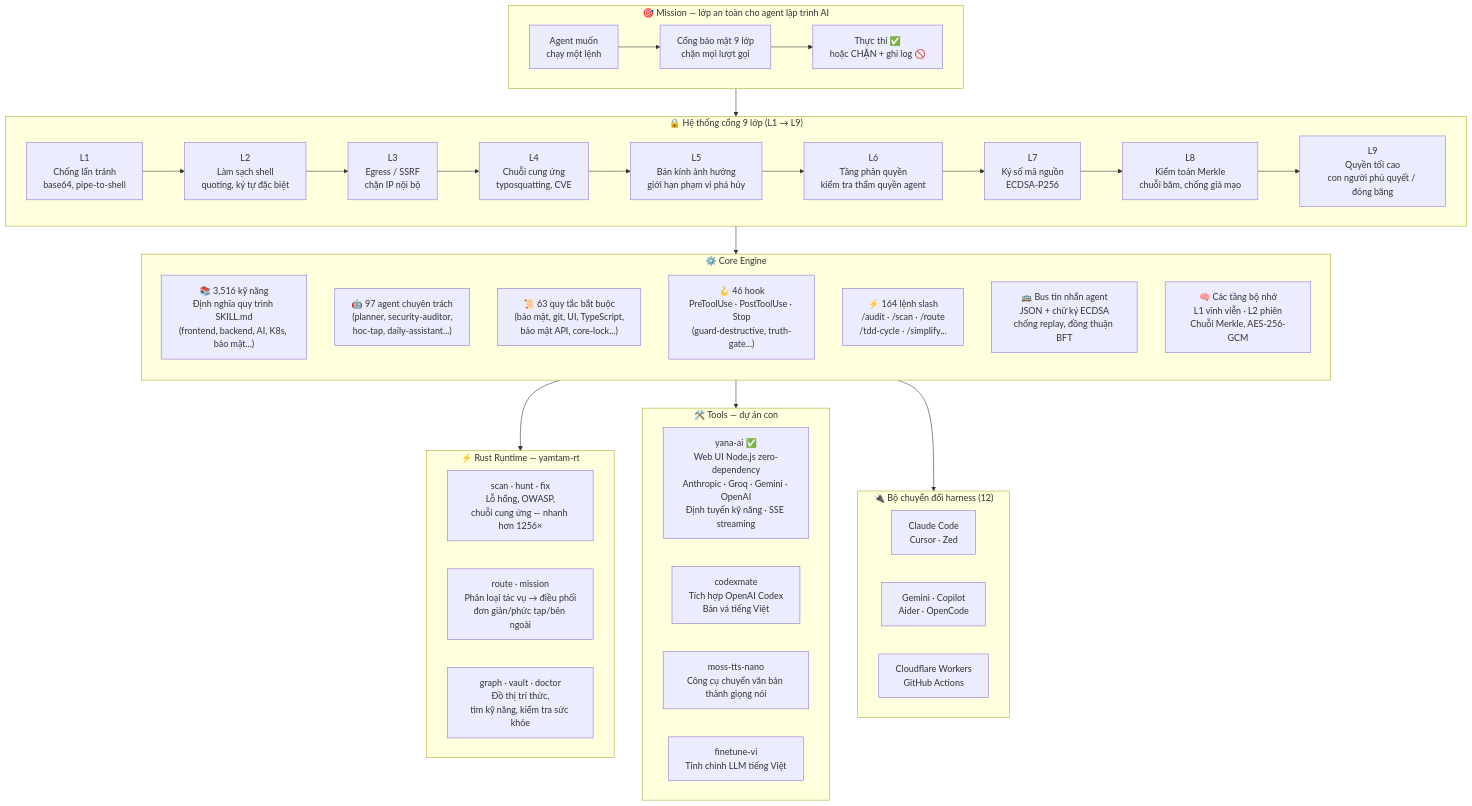
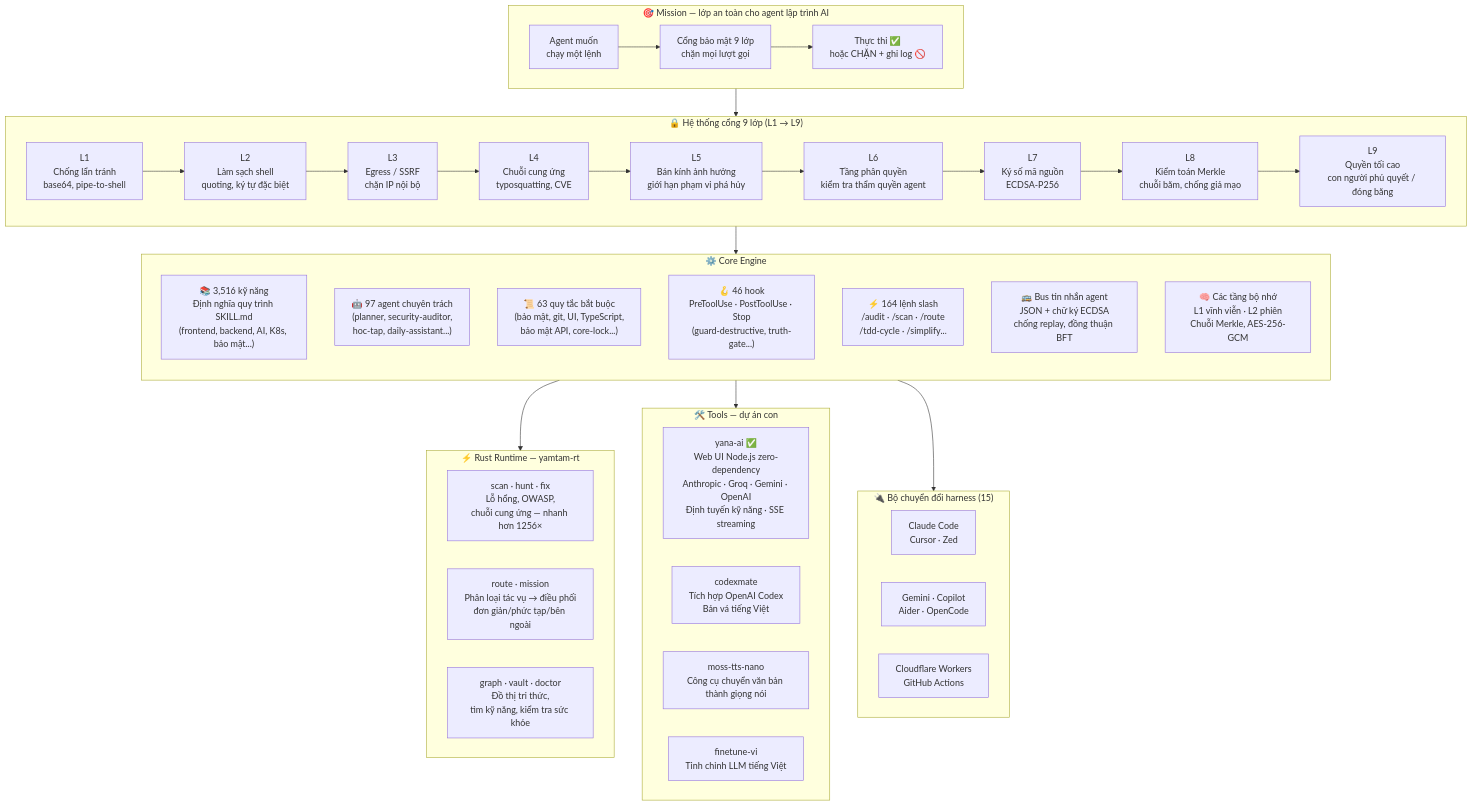
One commit to yanacuti1121/Yana-AI changed the diagram in README.vi.md. Above: the diagram before and after it, drawn with Mermaid. The commit also changed other lines of this file and 10 other files, not shown here.

````diff
--- a/README.vi.md
+++ b/README.vi.md
@@ -77,70 +77,70 @@
 ```mermaid
 graph TB
     %% ── Mission ──────────────────────────────────────────────────────────
     subgraph MISSION["🎯 Mission — lớp an toàn cho agent lập trình AI"]
         direction LR
         AGENT["Agent muốn\nchạy một lệnh"]
         GATE["Cổng bảo mật 9 lớp\nchặn mọi lượt gọi"]
         OUT["Thực thi ✅\nhoặc CHẶN + ghi log 🚫"]
         AGENT --> GATE --> OUT
     end
 
     %% ── Gate layers ──────────────────────────────────────────────────────
     subgraph GATES["🔒 Hệ thống cổng 9 lớp (L1 → L9)"]
         direction LR
         G1["L1\nChống lẩn tránh\nbase64, pipe-to-shell"]
         G2["L2\nLàm sạch shell\nquoting, ký tự đặc biệt"]
         G3["L3\nEgress / SSRF\nchặn IP nội bộ"]
         G4["L4\nChuỗi cung ứng\ntyposquatting, CVE"]
         G5["L5\nBán kính ảnh hưởng\ngiới hạn phạm vi phá hủy"]
         G6["L6\nTầng phân quyền\nkiểm tra thẩm quyền agent"]
         G7["L7\nKý số mã nguồn\nECDSA-P256"]
         G8["L8\nKiểm toán Merkle\nchuỗi băm, chống giả mạo"]
         G9["L9\nQuyền tối cao\ncon người phủ quyết / đóng băng"]
         G1 --> G2 --> G3 --> G4 --> G5 --> G6 --> G7 --> G8 --> G9
     end
 
     %% ── Core engine ──────────────────────────────────────────────────────
     subgraph CORE["⚙️ Core Engine"]
         direction TB
         SKILLS["📚 3,516 kỹ năng\nĐịnh nghĩa quy trình SKILL.md\n(frontend, backend, AI, K8s, bảo mật...)"]
         AGENTS["🤖 97 agent chuyên trách\n(planner, security-auditor,\nhoc-tap, daily-assistant...)"]
         RULES["📜 63 quy tắc bắt buộc\n(bảo mật, git, UI, TypeScript,\nbảo mật API, core-lock...)"]
         HOOKS["🪝 46 hook\nPreToolUse · PostToolUse · Stop\n(guard-destructive, truth-gate...)"]
         CMDS["⚡ 164 lệnh slash\n/audit · /scan · /route\n/tdd-cycle · /simplify..."]
         BUS["🚌 Bus tin nhắn agent\nJSON + chữ ký ECDSA\nchống replay, đồng thuận BFT"]
         MEM["🧠 Các tầng bộ nhớ\nL1 vĩnh viễn · L2 phiên\nChuỗi Merkle, AES-256-GCM"]
     end
 
     %% ── Rust runtime ─────────────────────────────────────────────────────
     subgraph RT["⚡ Rust Runtime — yamtam-rt"]
         direction LR
         SCAN["scan · hunt · fix\nLỗ hổng, OWASP,\nchuỗi cung ứng — nhanh hơn 1256×"]
         ROUTE["route · mission\nPhân loại tác vụ → điều phối\nđơn giản/phức tạp/bên ngoài"]
         VAULT["graph · vault · doctor\nĐồ thị tri thức,\ntìm kỹ năng, kiểm tra sức khỏe"]
     end
 
     %% ── Tools ────────────────────────────────────────────────────────────
     subgraph TOOLS["🛠️ Tools — dự án con"]
         direction LR
         YANA["yana-ai ✅\nWeb UI Node.js zero-dependency\nAnthropic · Groq · Gemini · OpenAI\nĐịnh tuyến kỹ năng · SSE streaming"]
         CODEXMATE["codexmate\nTích hợp OpenAI Codex\nBản vá tiếng Việt"]
         MOSS["moss-tts-nano\nCông cụ chuyển văn bản thành giọng nói"]
         FINETUNE["finetune-vi\nTinh chỉnh LLM tiếng Việt"]
     end
 
     %% ── Harness adapters ─────────────────────────────────────────────────
-    subgraph HARNESS["🔌 Bộ chuyển đổi harness (12)"]
+    subgraph HARNESS["🔌 Bộ chuyển đổi harness (15)"]
         direction LR
         H1["Claude Code\nCursor · Zed"]
         H2["Gemini · Copilot\nAider · OpenCode"]
         H3["Cloudflare Workers\nGitHub Actions"]
     end
 
     %% ── Connections ──────────────────────────────────────────────────────
     MISSION --> GATES
     GATES --> CORE
     CORE --> RT
     CORE --> TOOLS
     CORE --> HARNESS
 ```
````
